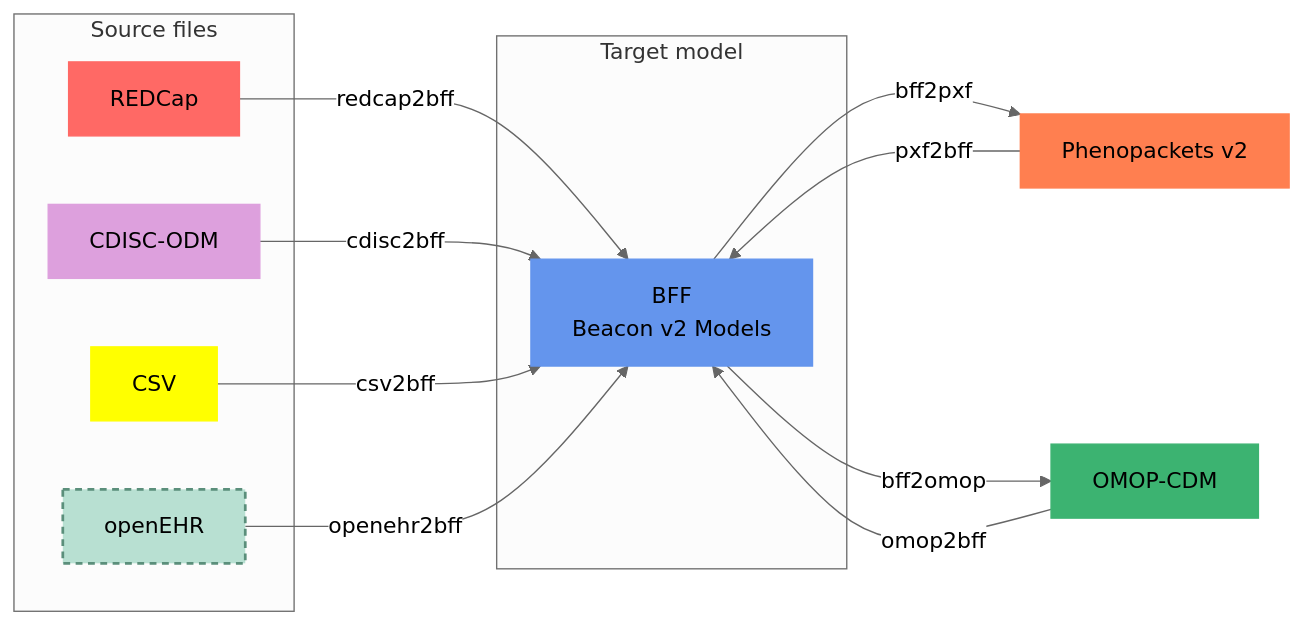
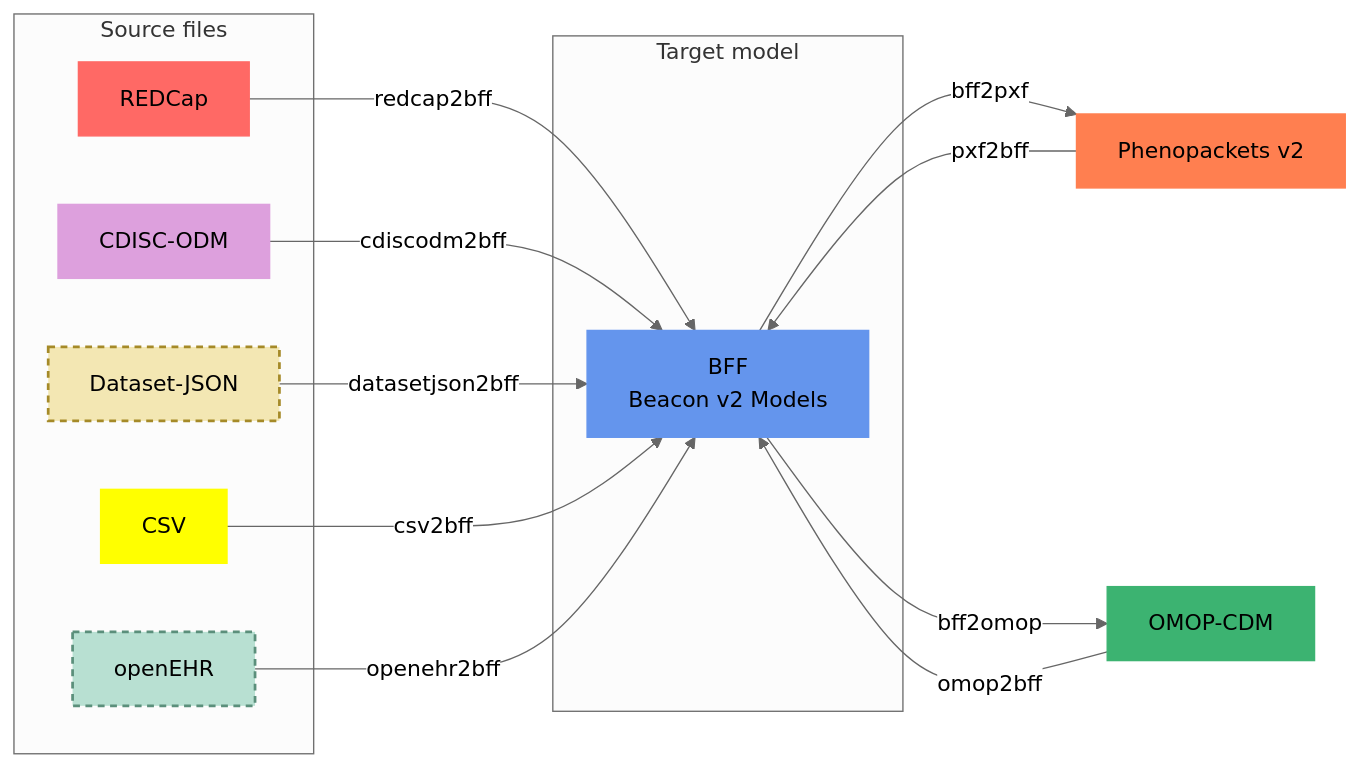
The first of 2 diagrams in docs-site/docs/supported-formats.mdx (CNAG-Biomedical-Informatics/convert-pheno), drawn with Mermaid before and after one commit. The commit also changed other lines of this file and 80 other files, not shown here.

Commit message:
Add CDISC Dataset-JSON input support

````diff
--- a/docs-site/docs/supported-formats.mdx
+++ b/docs-site/docs/supported-formats.mdx
@@ -16,31 +16,34 @@
 ```mermaid
 %%{init:{'theme':'neutral'}}%%
 graph LR
   subgraph "Source files"
     C[REDCap]
     E[CDISC-ODM]
+    H[Dataset-JSON]
     F[CSV]
     G[openEHR]
   end
 
   subgraph "Target model"
     A["BFF<br/>Beacon v2 Models"]
   end
 
   C -->|redcap2bff| A
-  E -->|cdisc2bff| A
+  E -->|cdiscodm2bff| A
+  H -->|datasetjson2bff| A
   F -->|csv2bff| A
   G -->|openehr2bff| A
   B[Phenopackets v2] -->|pxf2bff| A
   A -->|bff2pxf| B
   D[OMOP-CDM] -->|omop2bff| A
   A -->|bff2omop| D
 
   style A fill:#6495ED,stroke:#6495ED
   style B fill:#FF7F50,stroke:#FF7F50
   style C fill:#FF6965,stroke:#FF6965
   style D fill:#3CB371,stroke:#3CB371
   style E fill:#DDA0DD,stroke:#DDA0DD
+  style H fill:#F3E7B3,stroke:#A58A28,stroke-width:2px,stroke-dasharray:5 4
   style F fill:#FFFF00,stroke:#FFFF00
   style G fill:#B8E0D2,stroke:#5B8F7B,stroke-width:2px,stroke-dasharray:5 4
 ```
````
